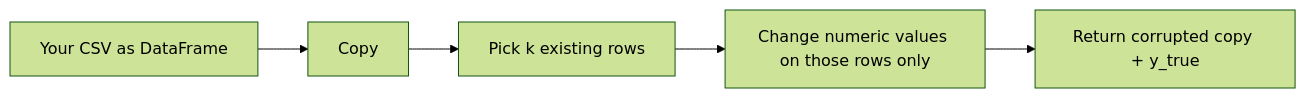
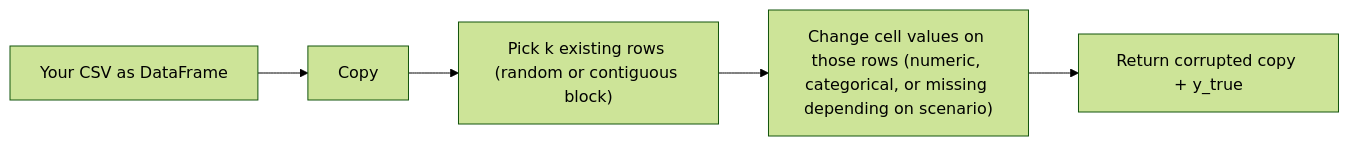
The diagram in docs/SYNTHETIC_SCENARIOS.md (02deno/Automated-Anomaly-Detection-Project), drawn with Mermaid (forest theme) before and after one commit. The commit also changed other lines of this file and 6 other files, not shown here.

Commit message:
add categorical/missing synthetic scenarios and richer EDA quality metrics

````diff
--- a/docs/SYNTHETIC_SCENARIOS.md
+++ b/docs/SYNTHETIC_SCENARIOS.md
@@ -20,7 +23,7 @@
 ```mermaid
 flowchart LR
   A[Your CSV as DataFrame] --> B[Copy]
-  B --> C[Pick k existing rows]
-  C --> D[Change numeric values on those rows only]
+  B --> C["Pick k existing rows (random or contiguous block)"]
+  C --> D["Change cell values on those rows (numeric, categorical, or missing depending on scenario)"]
   D --> E[Return corrupted copy + y_true]
 ```
````
